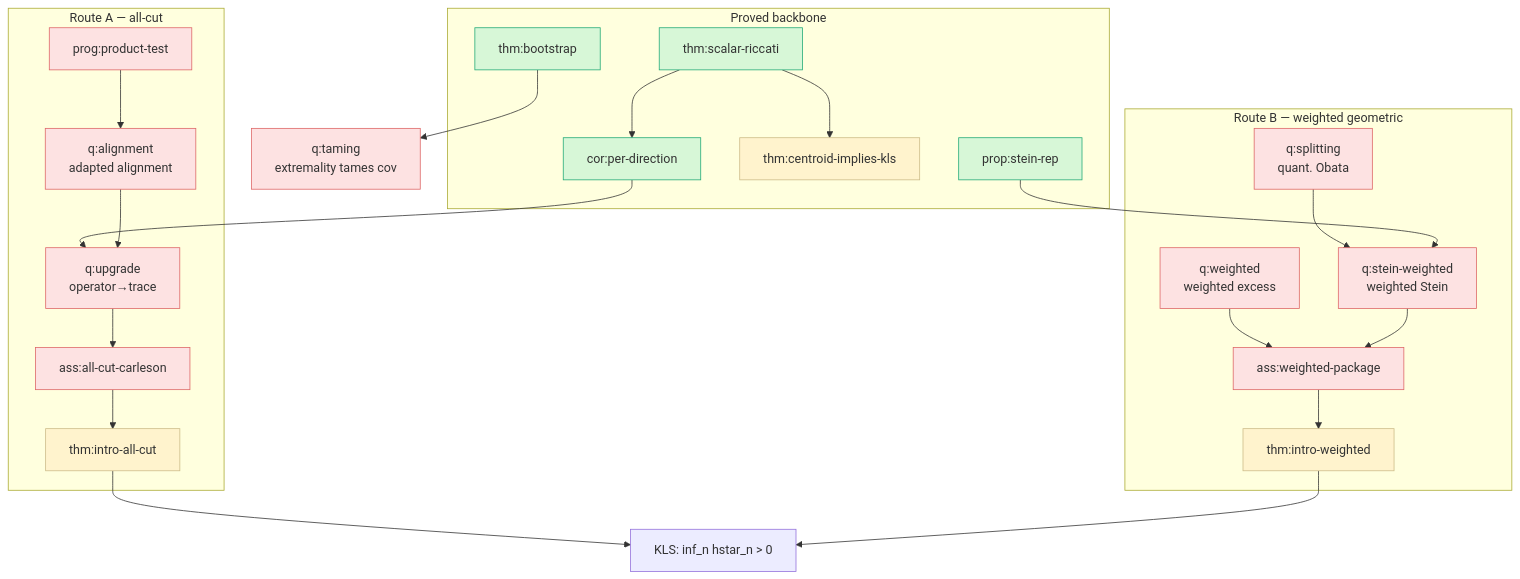
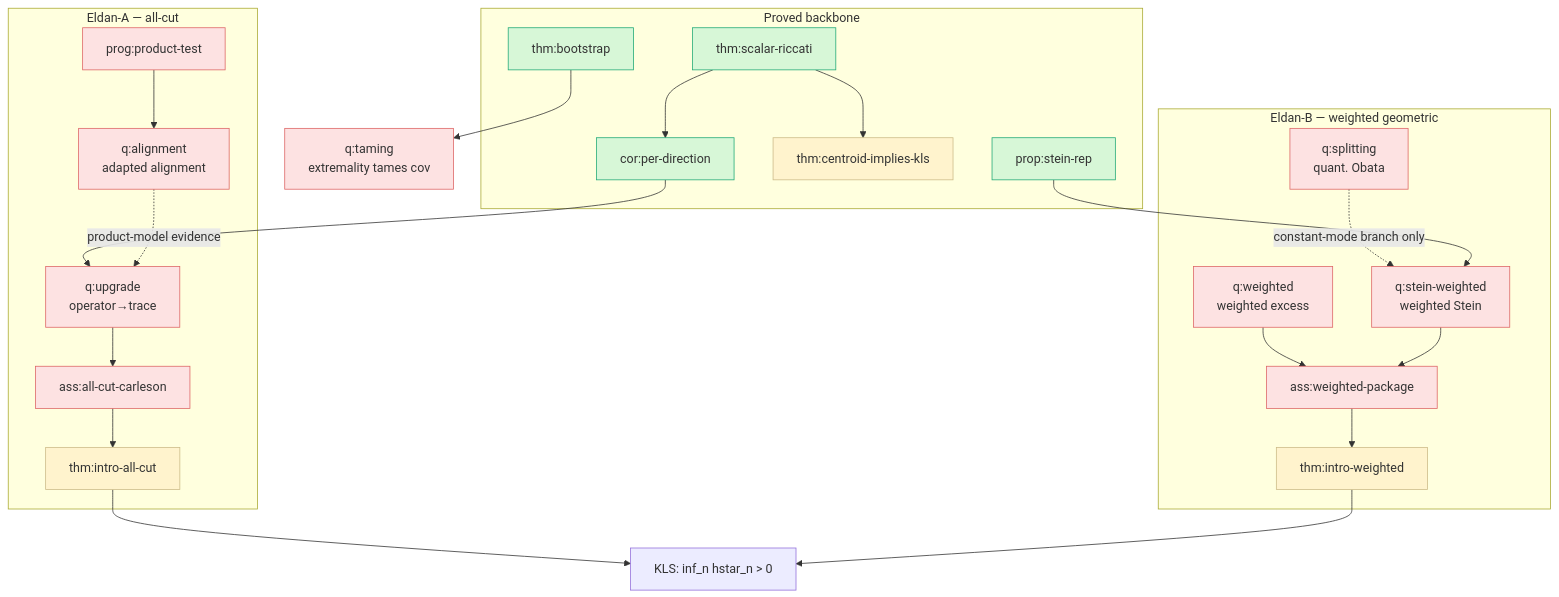
One commit to human-ai-mathematics/kls-conjecture-search changed the diagram in research/kls/routes/eldan-localization/roadmap.md. Above: the diagram before and after it, drawn with Mermaid. The commit also changed other lines of this file and 103 other files, not shown here.

````diff
--- a/research/kls/routes/eldan-localization/roadmap.md
+++ b/research/kls/routes/eldan-localization/roadmap.md
@@ -89,45 +97,46 @@
 ```mermaid
 graph TD
   KLS["KLS: inf_n hstar_n > 0"]
 
-  subgraph RouteA["Route A — all-cut"]
+  subgraph RouteA["Eldan-A — all-cut"]
     qupg[q:upgrade<br/>operator→trace]:::open
     allcut[ass:all-cut-carleson]:::open
     tall[thm:intro-all-cut]:::cond
     qalign[q:alignment<br/>adapted alignment]:::open
     ptest[prog:product-test]:::open
   end
 
-  subgraph RouteB["Route B — weighted geometric"]
+  subgraph RouteB["Eldan-B — weighted geometric"]
     qw[q:weighted<br/>weighted excess]:::open
     qst[q:stein-weighted<br/>weighted Stein]:::open
     qsp[q:splitting<br/>quant. Obata]:::open
     pkg[ass:weighted-package]:::open
     twt[thm:intro-weighted]:::cond
   end
 
   subgraph Backbone["Proved backbone"]
     ricc[thm:scalar-riccati]:::proved
     perdir[cor:per-direction]:::proved
     cent[thm:centroid-implies-kls]:::cond
     boot[thm:bootstrap]:::proved
     stein[prop:stein-rep]:::proved
   end
 
   qtame[q:taming<br/>extremality tames cov]:::open
 
   perdir --> qupg --> allcut --> tall --> KLS
-  ptest --> qalign --> qupg
+  ptest --> qalign
+  qalign -. product-model evidence .-> qupg
   qw --> pkg
   qst --> pkg
-  qsp --> qst
+  qsp -. constant-mode branch only .-> qst
   pkg --> twt --> KLS
   ricc --> perdir
   ricc --> cent
   boot --> qtame
   stein --> qst
 
   classDef proved fill:#d7f7d7,stroke:#2a7;
   classDef cond fill:#fff3cd,stroke:#cb8;
   classDef open fill:#fde2e2,stroke:#d66;
 ```
````
